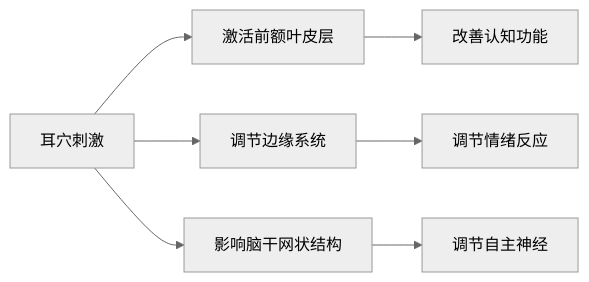
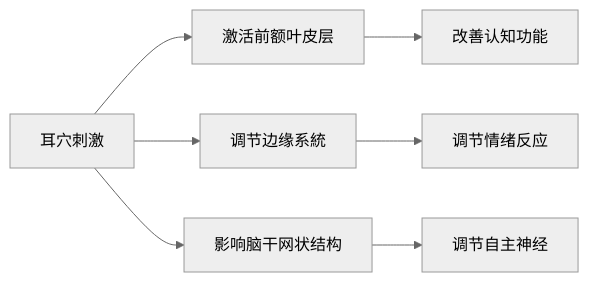
One commit to kmjade/knowledge-value changed the first of 5 diagrams in 3 Resources/01-Tech/🏥 专业知识/耳穴知识库/06-研究文献/现代研究荟萃.md. Above: the diagram before and after it, drawn with Mermaid (neutral theme). The commit also changed other lines of this file and 653 other files, not shown here.

````diff
--- a/3 Resources/01-Tech/🏥 专业知识/耳穴知识库/06-研究文献/现代研究荟萃.md
+++ b/3 Resources/01-Tech/🏥 专业知识/耳穴知识库/06-研究文献/现代研究荟萃.md
@@ -11,10 +11,10 @@
 ```mermaid
 graph LR
     A[耳穴刺激] --> B[激活前额叶皮层]
-    A --> C[调节边缘系统]
+    A --> C[调节边缘系統]
     A --> D[影响脑干网状结构]
     
     B --> B1[改善认知功能]
     C --> C2[调节情绪反应]
     D --> D3[调节自主神经]
 ```
````
